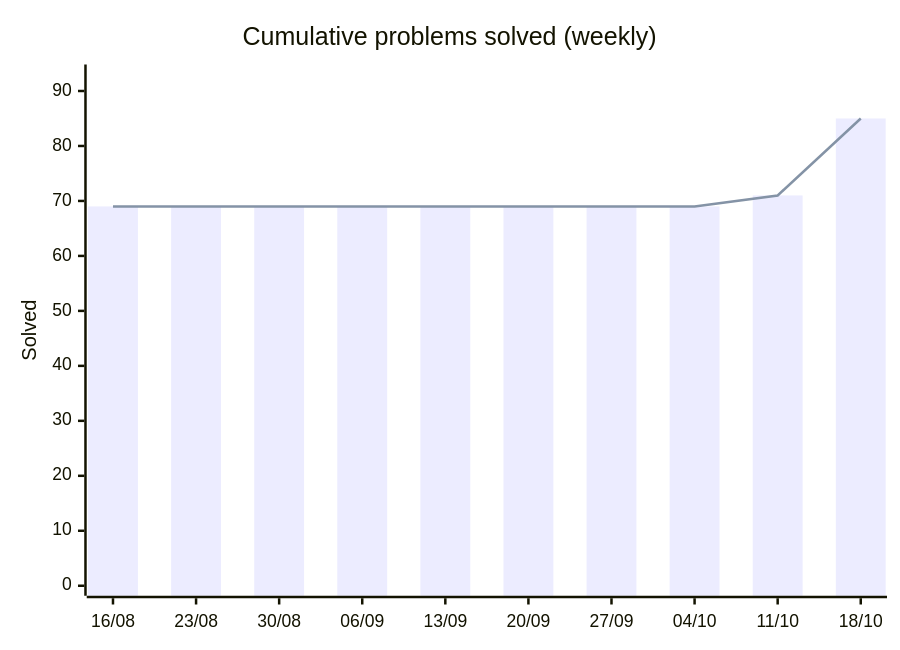
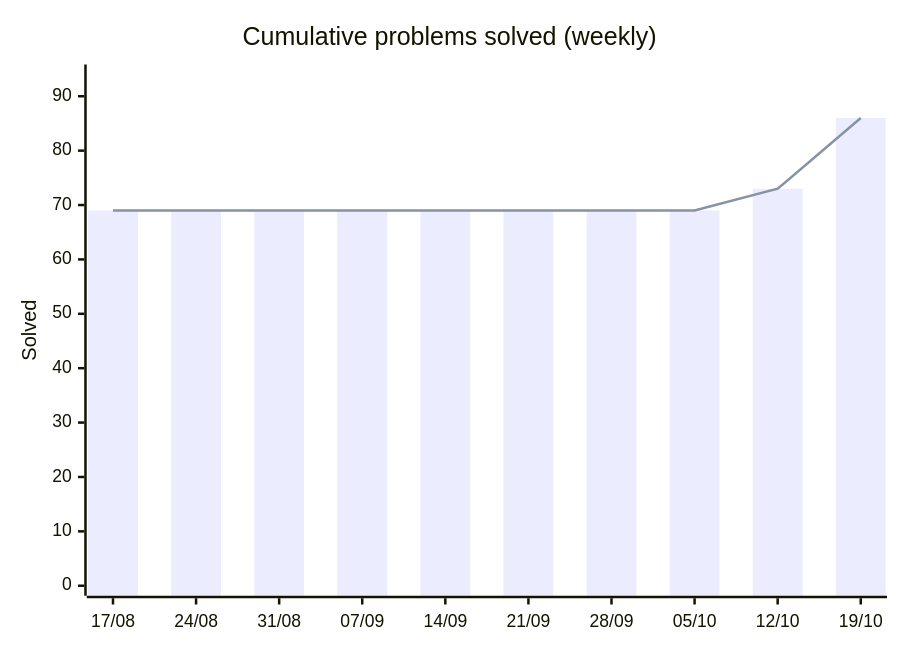
Before and after one commit to HarryTrn/TensorTonic-Solutions: the first of 2 diagrams in README.md, drawn with Mermaid. The commit also changed other lines of this file, not shown here.

````diff
--- a/README.md
+++ b/README.md
@@ -65,8 +65,8 @@
 ```mermaid
 xychart-beta
     title "Cumulative problems solved (weekly)"
-    x-axis ["16/08", "23/08", "30/08", "06/09", "13/09", "20/09", "27/09", "04/10", "11/10", "18/10"]
-    y-axis "Solved" 0 --> 93
-    bar [69, 69, 69, 69, 69, 69, 69, 69, 71, 85]
-    line [69, 69, 69, 69, 69, 69, 69, 69, 71, 85]
+    x-axis ["17/08", "24/08", "31/08", "07/09", "14/09", "21/09", "28/09", "05/10", "12/10", "19/10"]
+    y-axis "Solved" 0 --> 94
+    bar [69, 69, 69, 69, 69, 69, 69, 69, 73, 86]
+    line [69, 69, 69, 69, 69, 69, 69, 69, 73, 86]
 ```
````
